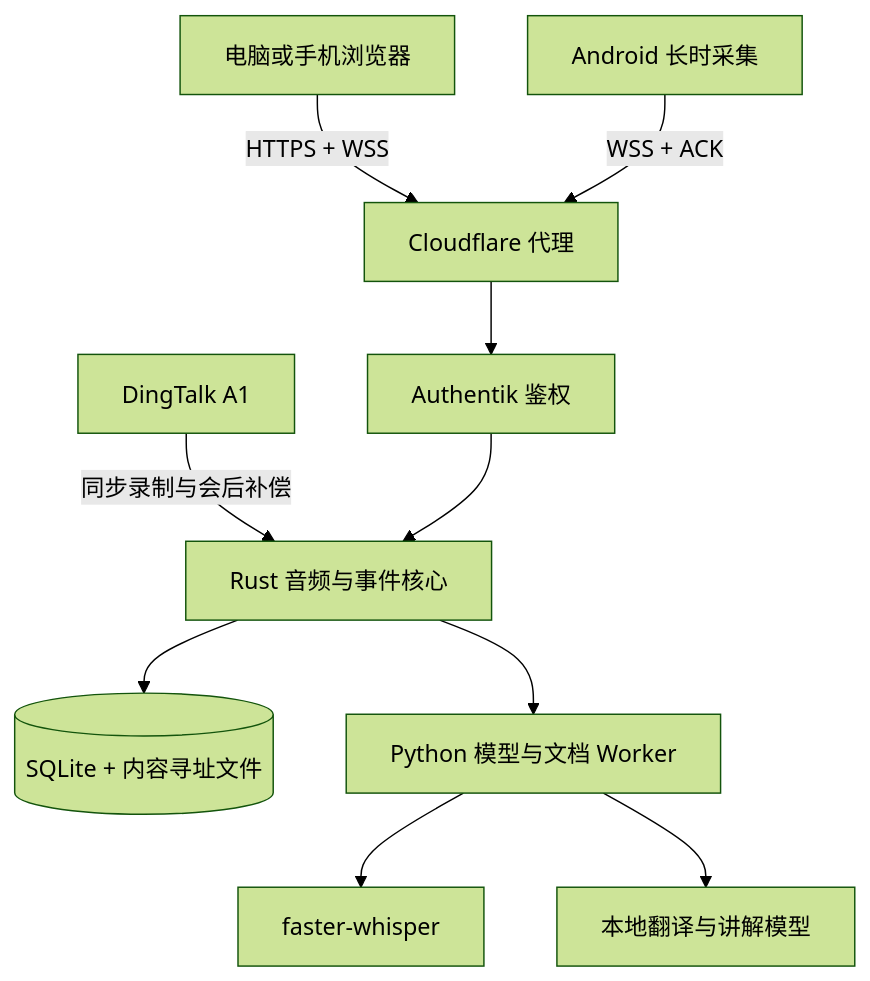
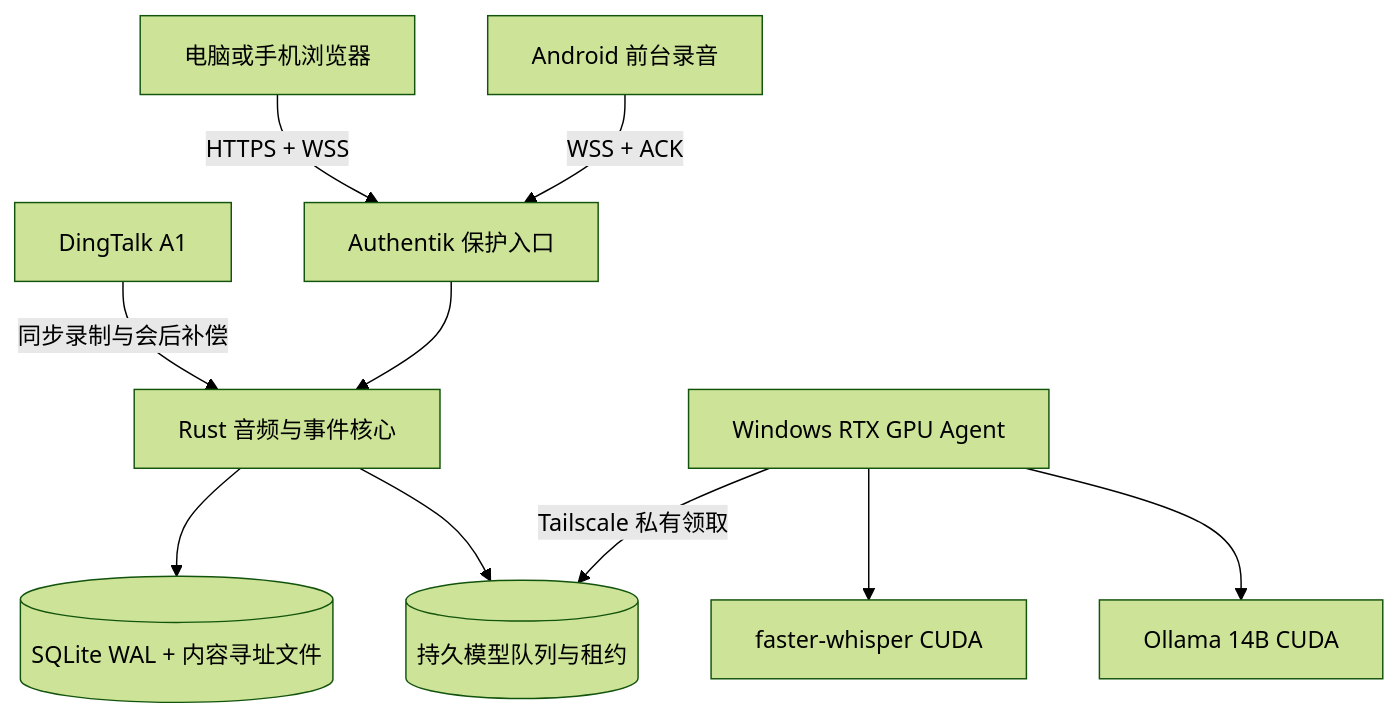
The diagram in README.md (AIALRA-0/AIALRA-LIVE-TRANSLATE), drawn with Mermaid (forest theme) before and after one commit. The commit also changed other lines of this file and 50 other files, not shown here.

Commit message:
feat: add durable private RTX GPU processing

````diff
--- a/README.md
+++ b/README.md
@@ -28,12 +34,12 @@
 ```mermaid
 flowchart TD
-  Browser[电脑或手机浏览器] -->|HTTPS + WSS| Edge[Cloudflare 代理]
-  Android[Android 长时采集] -->|WSS + ACK| Edge
+  Browser[电脑或手机浏览器] -->|HTTPS + WSS| Auth[Authentik 保护入口]
+  Android[Android 前台录音] -->|WSS + ACK| Auth
   A1[DingTalk A1] -->|同步录制与会后补偿| Core
-  Edge --> Auth[Authentik 鉴权]
   Auth --> Core[Rust 音频与事件核心]
-  Core --> Store[(SQLite + 内容寻址文件)]
-  Core --> Worker[Python 模型与文档 Worker]
-  Worker --> ASR[faster-whisper]
-  Worker --> LLM[本地翻译与讲解模型]
+  Core --> Store[(SQLite WAL + 内容寻址文件)]
+  Core --> Queue[(持久模型队列与租约)]
+  Agent[Windows RTX GPU Agent] -->|Tailscale 私有领取| Queue
+  Agent --> ASR[faster-whisper CUDA]
+  Agent --> LLM[Ollama 14B CUDA]
 ```
````
